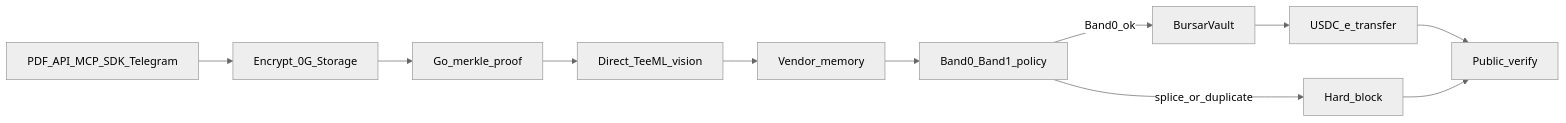
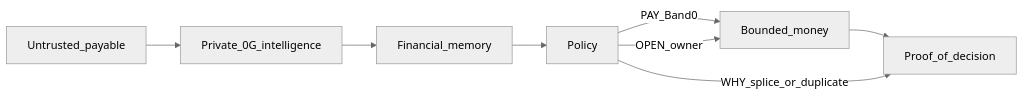
One commit to james32135/BURSAR changed the first of 4 diagrams in README.md. Above: the diagram before and after it, drawn with Mermaid (neutral theme). The commit also changed other lines of this file and 22 other files, not shown here.

First line of the commit message:
Make 0G the proof of decision, not a logo.

````diff
--- a/README.md
+++ b/README.md
@@ -46,18 +44,14 @@
 ```mermaid
 flowchart LR
-  src[PDF_API_MCP_SDK_Telegram]
-  store[Encrypt_0G_Storage]
-  go[Go_merkle_proof]
-  ai[Direct_TeeML_vision]
-  mem[Vendor_memory]
-  pol[Band0_Band1_policy]
-  vault[BursarVault]
-  pay[USDC_e_transfer]
-  block[Hard_block]
-  verify[Public_verify]
+  src[Untrusted_payable]
+  intel[Private_0G_intelligence]
+  mem[Financial_memory]
+  pol[Policy]
+  money[Bounded_money]
+  proof[Proof_of_decision]
 
-  src --> store --> go --> ai --> mem --> pol
-  pol -->|Band0_ok| vault --> pay --> verify
-  pol -->|splice_or_duplicate| block
-  block --> verify
+  src --> intel --> mem --> pol
+  pol -->|PAY_Band0| money --> proof
+  pol -->|OPEN_owner| money
+  pol -->|WHY_splice_or_duplicate| proof
 ```
````
